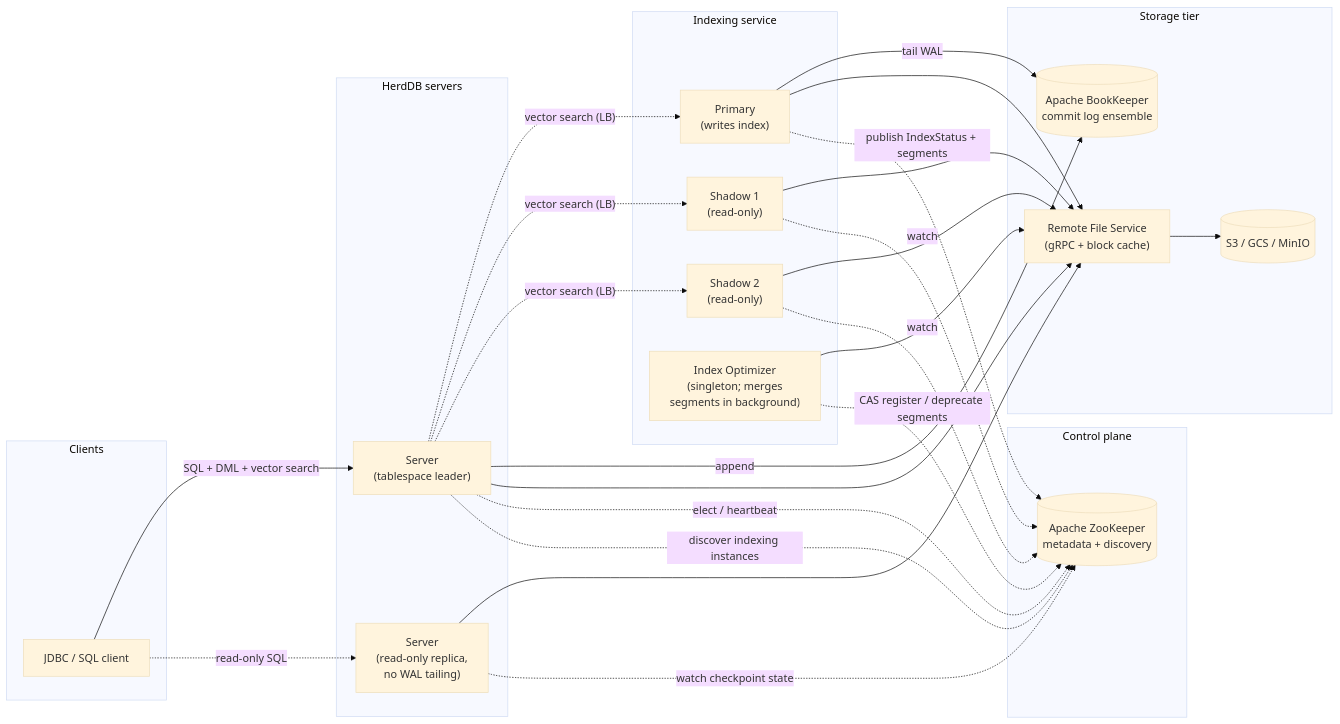
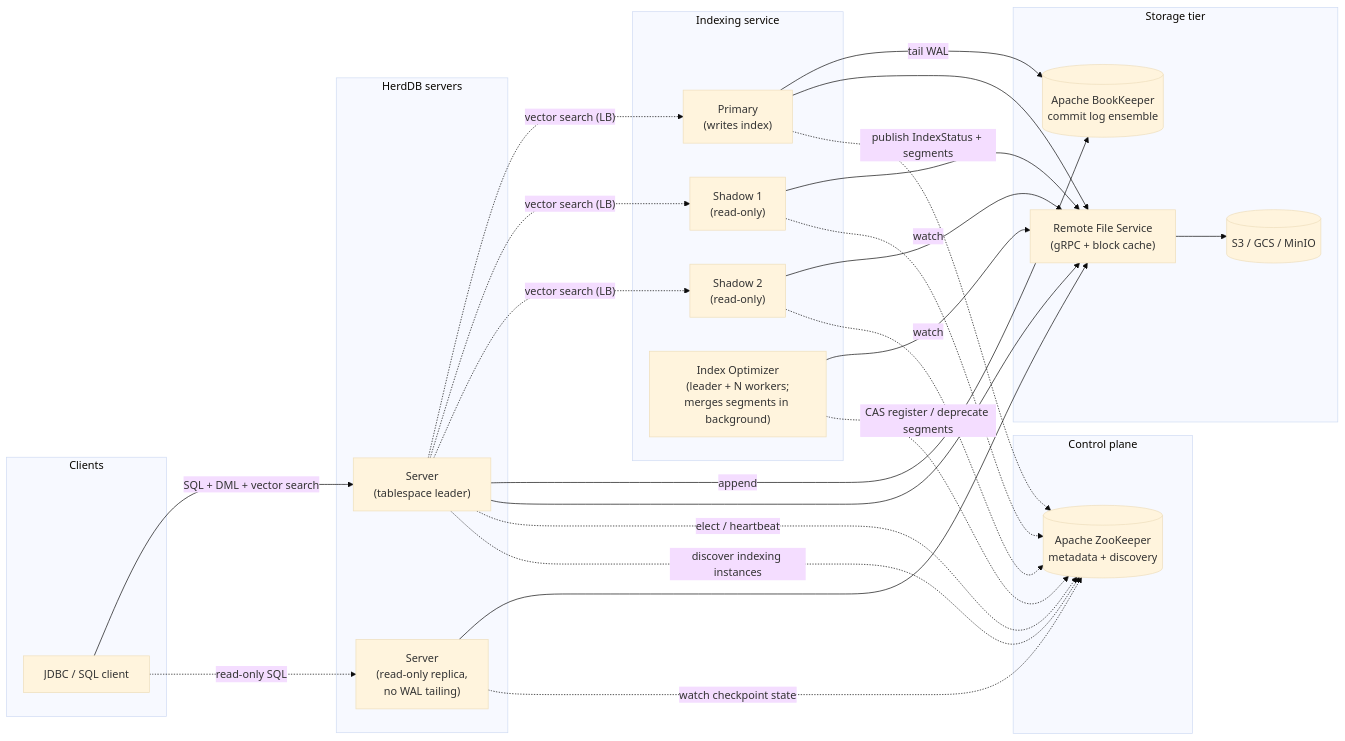
The first of 6 diagrams in README.md (eolivelli/herddb), drawn with Mermaid (base theme) before and after one commit. The commit also changed other lines of this file and 50 other files, not shown here.

First line of the commit message:
horizontal scalability of the Index Optimizer service (leader + workers) (#532)

````diff
--- a/README.md
+++ b/README.md
@@ -57,53 +57,53 @@
 ```mermaid
 flowchart LR
   subgraph Clients
     CLI["JDBC / SQL client"]
   end
 
   subgraph "Control plane"
     ZK[("Apache ZooKeeper<br/>metadata + discovery")]
   end
 
   subgraph "HerdDB servers"
     Leader["Server<br/>(tablespace leader)"]
     Replica["Server<br/>(read-only replica,<br/>no WAL tailing)"]
   end
 
   subgraph "Indexing service"
     ISvcP["Primary<br/>(writes index)"]
     ISvcS1["Shadow 1<br/>(read-only)"]
     ISvcS2["Shadow 2<br/>(read-only)"]
-    IndexOpt["Index Optimizer<br/>(singleton; merges<br/>segments in background)"]
+    IndexOpt["Index Optimizer<br/>(leader + N workers;<br/>merges segments in background)"]
   end
 
   subgraph "Storage tier"
     BK[("Apache BookKeeper<br/>commit log ensemble")]
     RFS["Remote File Service<br/>(gRPC + block cache)"]
     OBJ[("S3 / GCS / MinIO")]
   end
 
   CLI -->|SQL + DML + vector search| Leader
   CLI -. read-only SQL .-> Replica
   Leader -. vector search (LB) .-> ISvcP
   Leader -. vector search (LB) .-> ISvcS1
   Leader -. vector search (LB) .-> ISvcS2
 
   Leader -->|append| BK
   ISvcP -->|tail WAL| BK
 
   Leader --> RFS
   Replica --> RFS
   ISvcP --> RFS
   ISvcS1 --> RFS
   ISvcS2 --> RFS
   IndexOpt --> RFS
   RFS --> OBJ
 
   Leader -. elect / heartbeat .-> ZK
   Replica -. watch checkpoint state .-> ZK
   Leader -. discover indexing instances .-> ZK
   ISvcP -. publish IndexStatus + segments .-> ZK
   ISvcS1 -. watch .-> ZK
   ISvcS2 -. watch .-> ZK
   IndexOpt -. CAS register / deprecate segments .-> ZK
 ```
````
